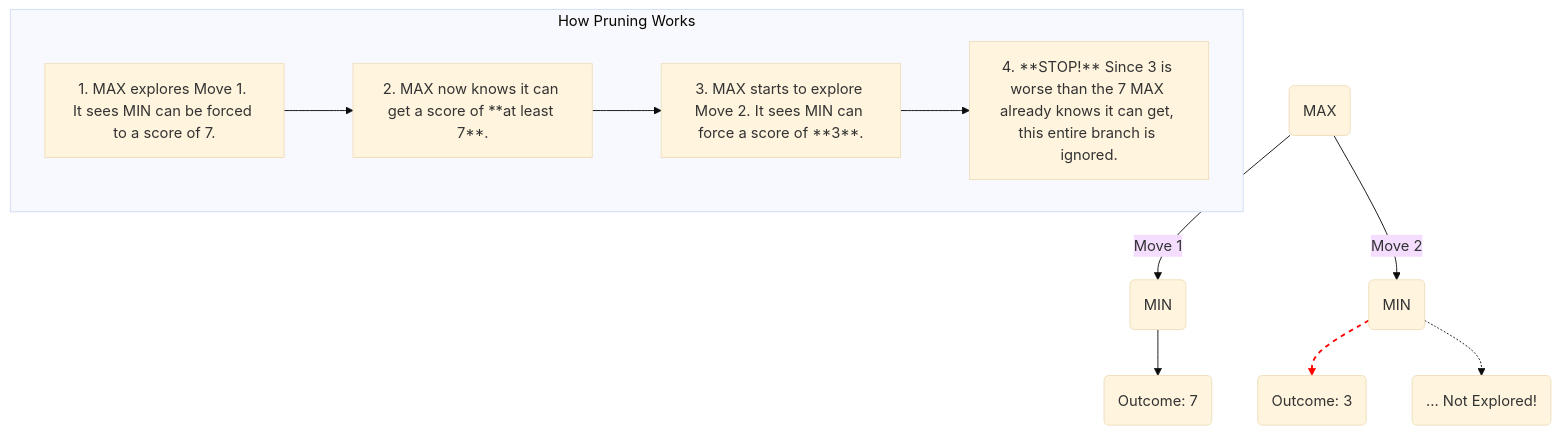
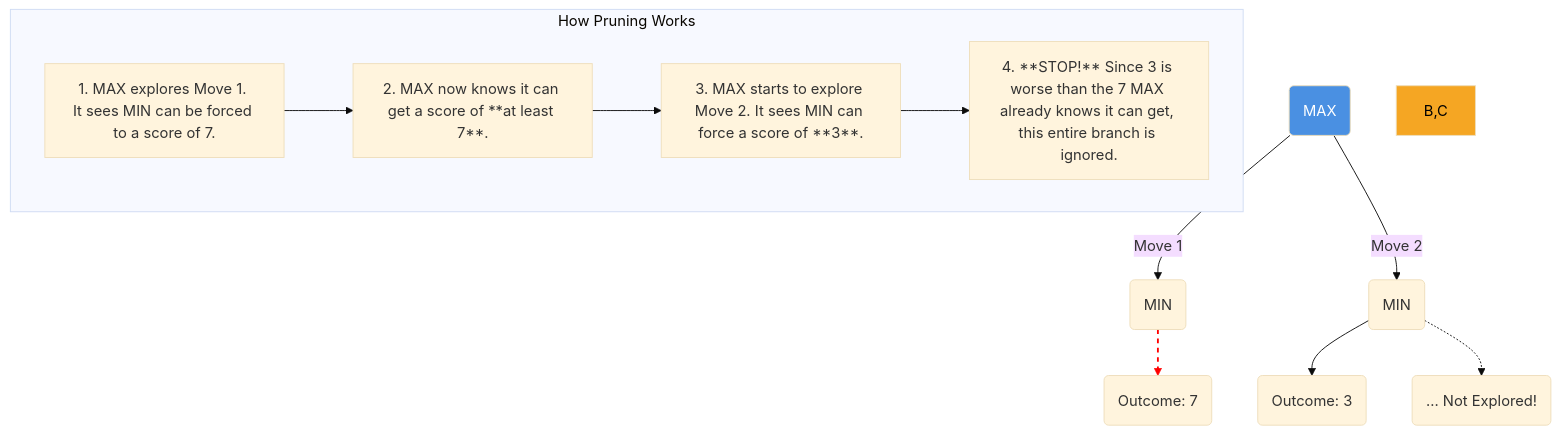
One commit to eltay89/eltay89.github.io changed the fourth of 4 diagrams in _posts/2025-08-08-ai-search-algorithms-a-z.md. Above: the diagram before and after it, drawn with Mermaid. The commit also changed other lines of this file, not shown here.

````diff
--- a/_posts/2025-08-08-ai-search-algorithms-a-z.md
+++ b/_posts/2025-08-08-ai-search-algorithms-a-z.md
@@ -175,19 +179,22 @@
 ```mermaid
 %%{ init: { 'theme': 'base' } }%%
 graph TD
     A("MAX") -- "Move 1" --> B("MIN");
     A -- "Move 2" --> C("MIN");
     
     B --> D("Outcome: 7");
     
     C --> F("Outcome: 3");
     C -.-> G("... Not Explored!");
 
     subgraph "How Pruning Works"
-        L1["1. MAX explores Move 1. It sees MIN can be forced to a score of 7."] -->
-        L2["2. MAX now knows it can get a score of **at least 7**."] -->
-        L3["3. MAX starts to explore Move 2. It sees MIN can force a score of **3**."] -->
-        L4["4. **STOP!** Since 3 is worse than the 7 MAX already knows it can get, this entire branch is ignored."]
+      L1["1. MAX explores Move 1. It sees MIN can be forced to a score of 7."] -->
+      L2["2. MAX now knows it can get a score of **at least 7**."] -->
+      L3["3. MAX starts to explore Move 2. It sees MIN can force a score of **3**."] -->
+      L4["4. **STOP!** Since 3 is worse than the 7 MAX already knows it can get, this entire branch is ignored."]
     end
-    linkStyle 3 stroke-width:2px,stroke-dasharray: 5 5,stroke:red;
+    
+    linkStyle 2 stroke-width:2px,stroke-dasharray: 5 5,stroke:red;
+    style A fill:#4a90e2,color:#fff;
+    style B,C fill:#f5a623,color:#000;
 ```
````
